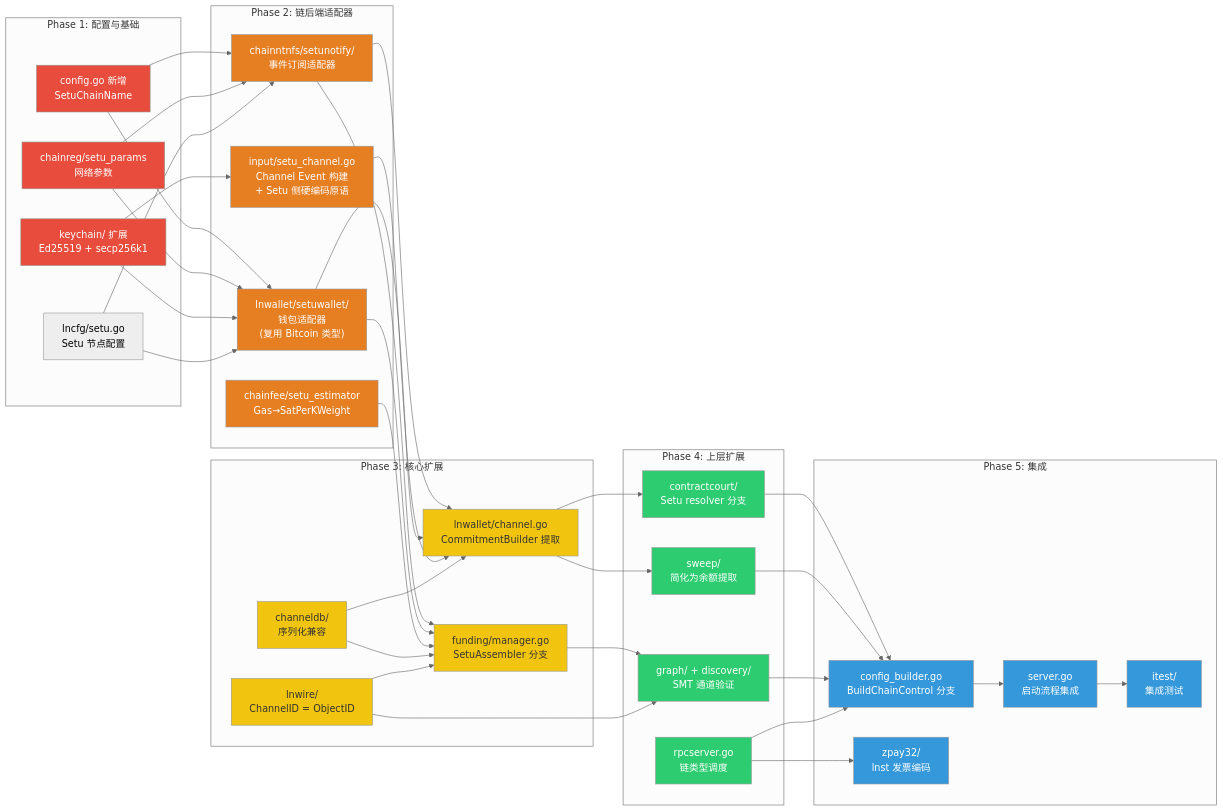
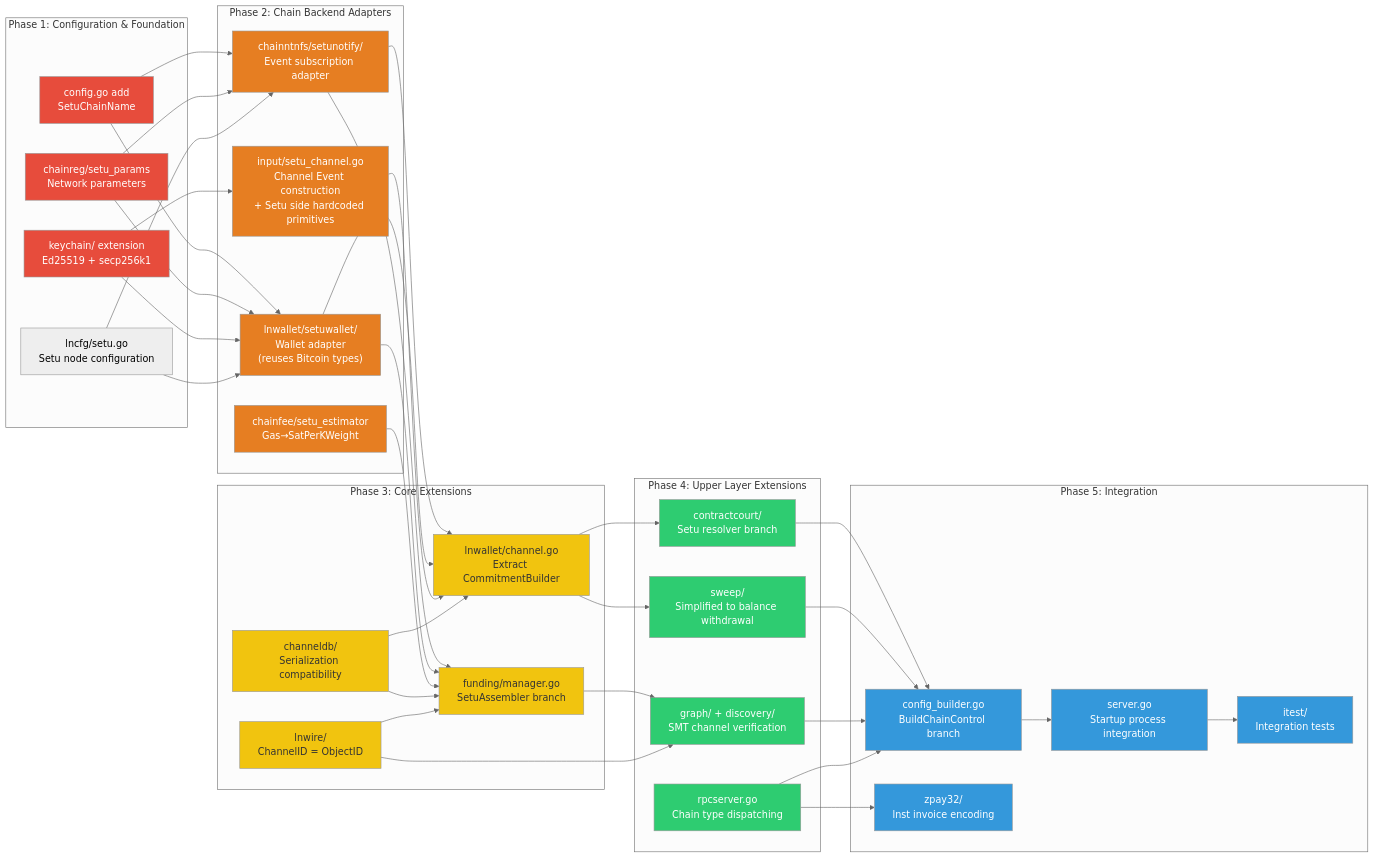
One commit to loka-network/loka-p2p-lnd changed the eighth of 9 diagrams in 1-refactor-docs/setu/lnd-and-setu-integration.md. Above: the diagram before and after it, drawn with Mermaid (neutral theme). The commit also changed other lines of this file and 12 other files, not shown here.

````diff
--- a/1-refactor-docs/setu/lnd-and-setu-integration.md
+++ b/1-refactor-docs/setu/lnd-and-setu-integration.md
@@ -412,76 +412,76 @@
 ```mermaid
 graph LR
-    subgraph "Phase 1: 配置与基础"
-        P1A["config.go 新增<br/>SetuChainName"]
-        P1B["chainreg/setu_params<br/>网络参数"]
-        P1C["keychain/ 扩展<br/>Ed25519 + secp256k1"]
-        P1D["lncfg/setu.go<br/>Setu 节点配置"]
+    subgraph "Phase 1: Configuration & Foundation"
+        P1A["config.go add<br/>SetuChainName"]
+        P1B["chainreg/setu_params<br/>Network parameters"]
+        P1C["keychain/ extension<br/>Ed25519 + secp256k1"]
+        P1D["lncfg/setu.go<br/>Setu node configuration"]
     end
 
-    subgraph "Phase 2: 链后端适配器"
-        P2A["chainntnfs/setunotify/<br/>事件订阅适配器"]
-        P2B["lnwallet/setuwallet/<br/>钱包适配器<br/>(复用 Bitcoin 类型)"]
-        P2C["input/setu_channel.go<br/>Channel Event 构建<br/>+ Setu 侧硬编码原语"]
+    subgraph "Phase 2: Chain Backend Adapters"
+        P2A["chainntnfs/setunotify/<br/>Event subscription adapter"]
+        P2B["lnwallet/setuwallet/<br/>Wallet adapter<br/>(reuses Bitcoin types)"]
+        P2C["input/setu_channel.go<br/>Channel Event construction<br/>+ Setu side hardcoded primitives"]
         P2D["chainfee/setu_estimator<br/>Gas→SatPerKWeight"]
     end
 
-    subgraph "Phase 3: 核心扩展"
-        P3A["lnwallet/channel.go<br/>CommitmentBuilder 提取"]
-        P3B["funding/manager.go<br/>SetuAssembler 分支"]
-        P3C["channeldb/<br/>序列化兼容"]
+    subgraph "Phase 3: Core Extensions"
+        P3A["lnwallet/channel.go<br/>Extract CommitmentBuilder"]
+        P3B["funding/manager.go<br/>SetuAssembler branch"]
+        P3C["channeldb/<br/>Serialization compatibility"]
         P3D["lnwire/<br/>ChannelID = ObjectID"]
     end
 
-    subgraph "Phase 4: 上层扩展"
-        P4A["contractcourt/<br/>Setu resolver 分支"]
-        P4B["sweep/<br/>简化为余额提取"]
-        P4C["graph/ + discovery/<br/>SMT 通道验证"]
-        P4D["rpcserver.go<br/>链类型调度"]
+    subgraph "Phase 4: Upper Layer Extensions"
+        P4A["contractcourt/<br/>Setu resolver branch"]
+        P4B["sweep/<br/>Simplified to balance withdrawal"]
+        P4C["graph/ + discovery/<br/>SMT channel verification"]
+        P4D["rpcserver.go<br/>Chain type dispatching"]
     end
 
-    subgraph "Phase 5: 集成"
-        P5A["config_builder.go<br/>BuildChainControl 分支"]
-        P5B["server.go<br/>启动流程集成"]
-        P5C["zpay32/<br/>lnst 发票编码"]
-        P5D["itest/<br/>集成测试"]
+    subgraph "Phase 5: Integration"
+        P5A["config_builder.go<br/>BuildChainControl branch"]
+        P5B["server.go<br/>Startup process integration"]
+        P5C["zpay32/<br/>lnst invoice encoding"]
+        P5D["itest/<br/>Integration tests"]
     end
 
     P1A --> P2A & P2B
     P1B --> P2A & P2B
     P1C --> P2B & P2C
     P1D --> P2A & P2B
 
     P2A --> P3A & P3B
     P2B --> P3A & P3B
     P2C --> P3A
     P2D --> P3B
 
     P3A --> P4A & P4B
     P3B --> P4C
     P3C --> P3A & P3B
     P3D --> P3B & P4C
 
     P4A & P4B & P4C & P4D --> P5A
     P5A --> P5B --> P5D
     P4D --> P5C
 
     style P1A fill:#e74c3c,color:#fff
     style P1B fill:#e74c3c,color:#fff
     style P1C fill:#e74c3c,color:#fff
     style P2A fill:#e67e22,color:#fff
     style P2B fill:#e67e22,color:#fff
     style P2C fill:#e67e22,color:#fff
     style P2D fill:#e67e22,color:#fff
     style P3A fill:#f1c40f,color:#333
     style P3B fill:#f1c40f,color:#333
     style P3C fill:#f1c40f,color:#333
     style P3D fill:#f1c40f,color:#333
     style P4A fill:#2ecc71,color:#fff
     style P4B fill:#2ecc71,color:#fff
     style P4C fill:#2ecc71,color:#fff
     style P4D fill:#2ecc71,color:#fff
     style P5A fill:#3498db,color:#fff
     style P5B fill:#3498db,color:#fff
     style P5C fill:#3498db,color:#fff
     style P5D fill:#3498db,color:#fff
 ```
````
